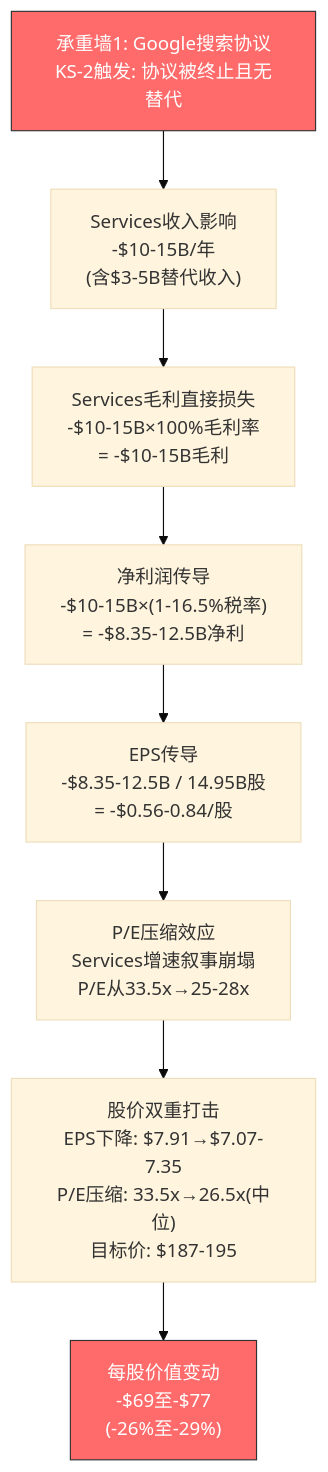
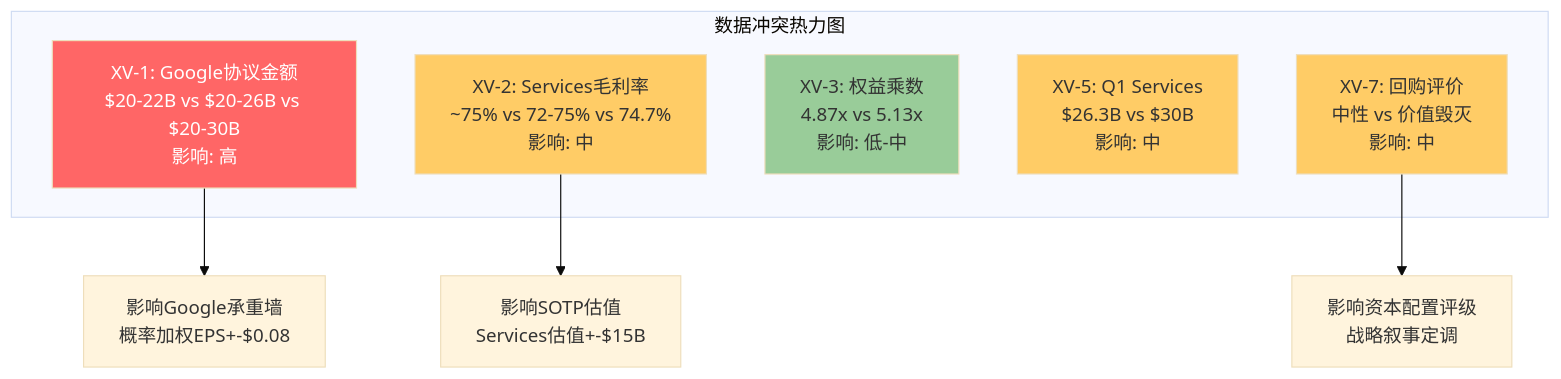
One commit to miltonnewyork25-afk/investment-master changed the first of 4 diagrams in reports/AAPL/staging/AAPL_P2_CrossValidation.md. Above: the diagram before and after it, drawn with Mermaid (base theme). The commit also changed other lines of this file and 1 other file, not shown here.

````diff
--- a/reports/AAPL/staging/AAPL_P2_CrossValidation.md
+++ b/reports/AAPL/staging/AAPL_P2_CrossValidation.md
@@ -212,13 +112,20 @@
 ```mermaid
 graph TD
-    A["承重墙1: Google搜索协议<br/>KS-2触发: 协议被终止且无替代"] --> B["Services收入影响<br/>-$10-15B/年<br/>(含$3-5B替代收入)"]
-    B --> C["Services毛利直接损失<br/>-$10-15B×100%毛利率<br/>= -$10-15B毛利"]
-    C --> D["净利润传导<br/>-$10-15B×(1-16.5%税率)<br/>= -$8.35-12.5B净利"]
-    D --> E["EPS传导<br/>-$8.35-12.5B / 14.95B股<br/>= -$0.56-0.84/股"]
-    E --> F["P/E压缩效应<br/>Services增速叙事崩塌<br/>P/E从33.5x→25-28x"]
-    F --> G["股价双重打击<br/>EPS下降: $7.91→$7.07-7.35<br/>P/E压缩: 33.5x→26.5x(中位)<br/>目标价: $187-195"]
-    G --> H["每股价值变动<br/>-$69至-$77<br/>(-26%至-29%)"]
+    subgraph "数据冲突热力图"
+        XV1["XV-1: Google协议金额<br/>$20-22B vs $20-26B vs $20-30B<br/>影响: 高"]
+        XV2["XV-2: Services毛利率<br/>~75% vs 72-75% vs 74.7%<br/>影响: 中"]
+        XV3["XV-3: 权益乘数<br/>4.87x vs 5.13x<br/>影响: 低-中"]
+        XV5["XV-5: Q1 Services<br/>$26.3B vs $30B<br/>影响: 中"]
+        XV7["XV-7: 回购评价<br/>中性 vs 价值毁灭<br/>影响: 中"]
+    end
 
-    style A fill:#ff6b6b,stroke:#333,color:#fff
-    style H fill:#ff6b6b,stroke:#333,color:#fff
+    XV1 --> I1["影响Google承重墙<br/>概率加权EPS+-$0.08"]
+    XV2 --> I2["影响SOTP估值<br/>Services估值+-$15B"]
+    XV7 --> I3["影响资本配置评级<br/>战略叙事定调"]
+
+    style XV1 fill:#ff6666,color:#fff
+    style XV2 fill:#ffcc66,color:#333
+    style XV3 fill:#99cc99,color:#333
+    style XV5 fill:#ffcc66,color:#333
+    style XV7 fill:#ffcc66,color:#333
 ```
````
